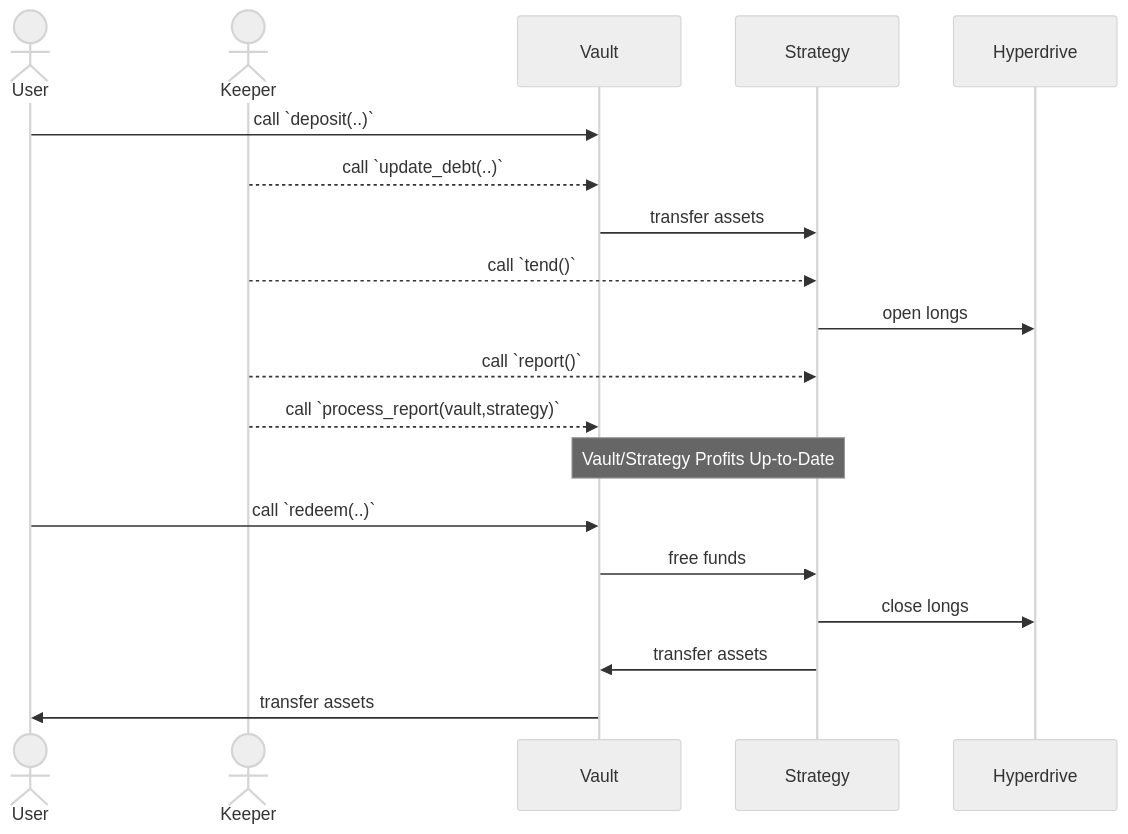
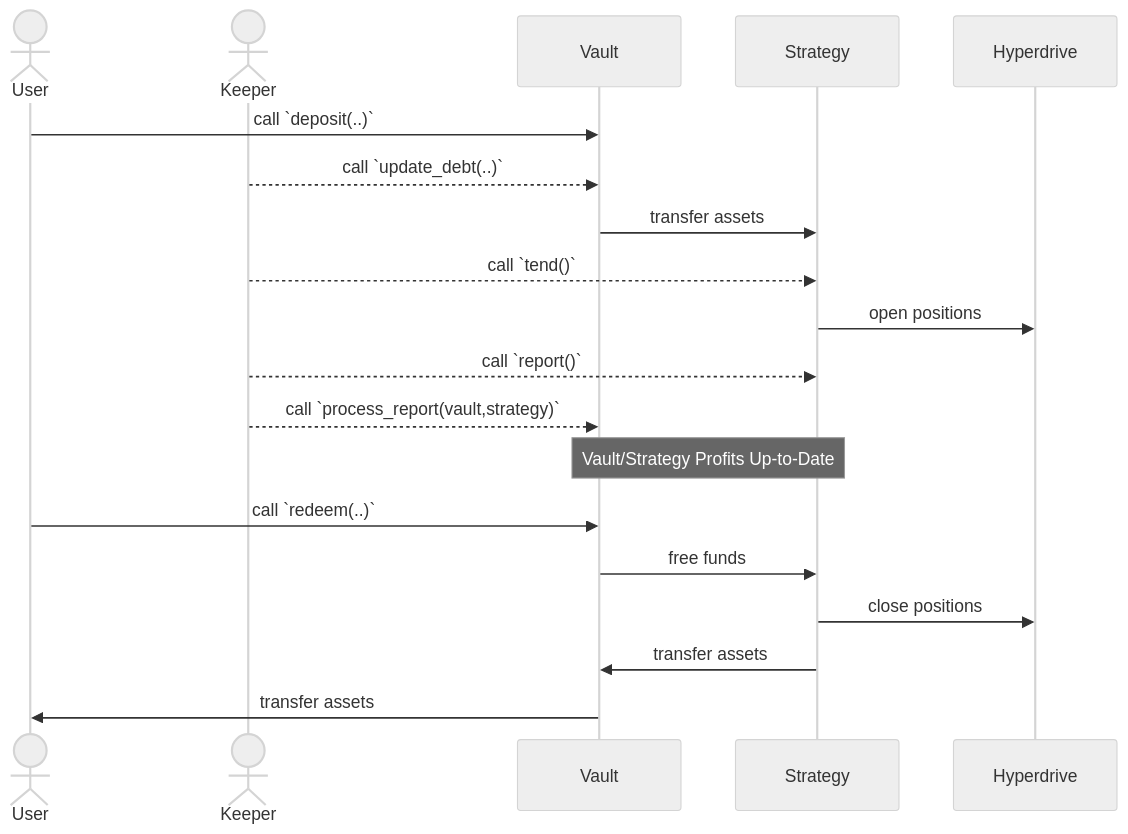
The first of 2 diagrams in README.md (delvtech/everlong), drawn with Mermaid (neutral theme) before and after one commit. The commit also changed other lines of this file and 23 other files, not shown here.

````diff
--- a/README.md
+++ b/README.md
@@ -136,21 +143,21 @@
 ```mermaid
 sequenceDiagram
     actor User
     actor Keeper
     participant Vault
     participant Strategy
     participant Hyperdrive
     User->>Vault: call `deposit(..)`
     Keeper-->>Vault: call `update_debt(..)`
     Vault->>Strategy: transfer assets
     Keeper-->>Strategy: call `tend()`
-    Strategy->>Hyperdrive: open longs
+    Strategy->>Hyperdrive: open positions
     Keeper-->>Strategy: call `report()`
     Keeper-->>Vault: call `process_report(vault,strategy)`
     Note over Vault,Strategy: Vault/Strategy Profits Up-to-Date
     User->>Vault: call `redeem(..)`
     Vault->>Strategy: free funds
-    Strategy->>Hyperdrive: close longs
+    Strategy->>Hyperdrive: close positions
     Strategy->>Vault: transfer assets
     Vault->>User: transfer assets
 ```
````
